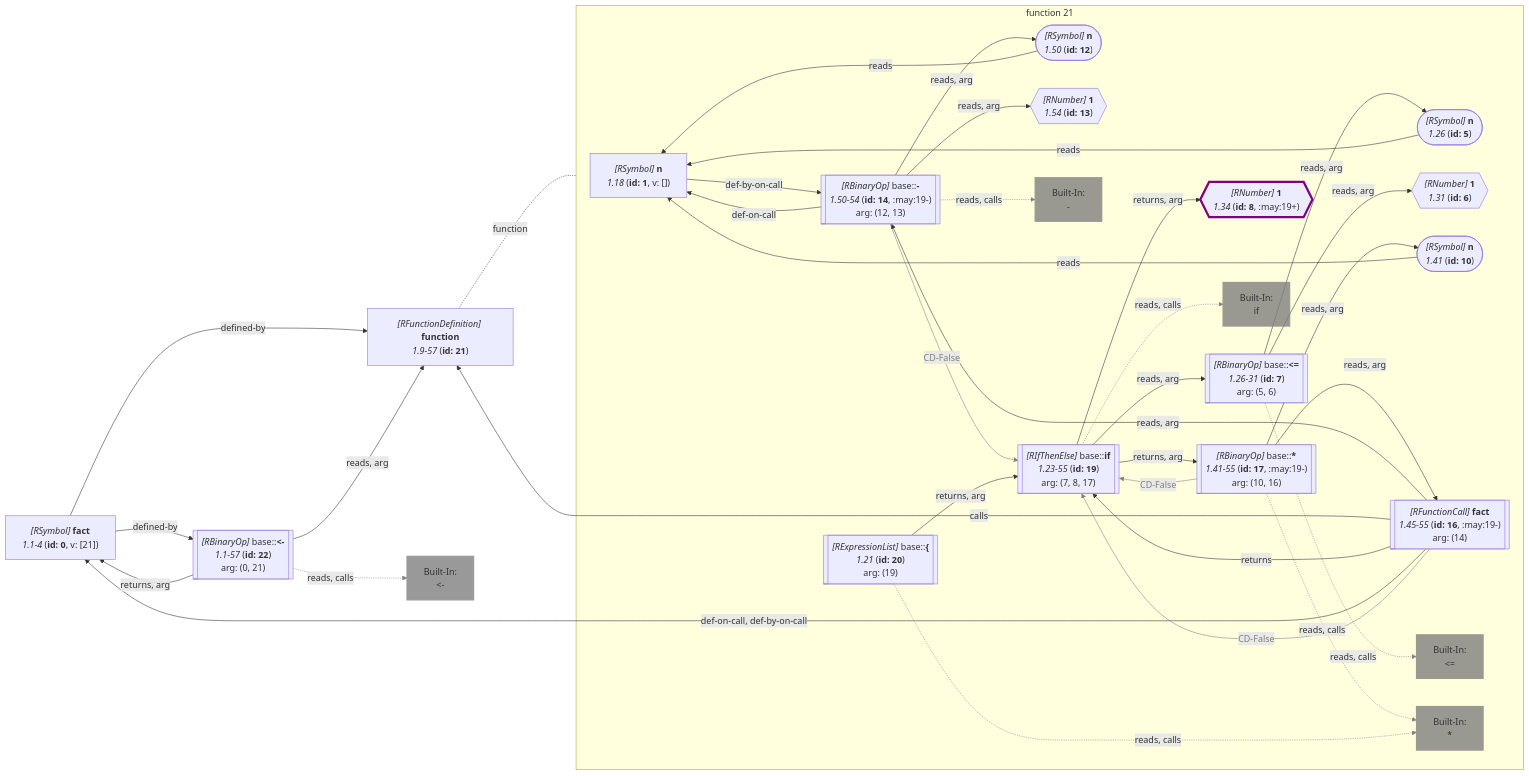
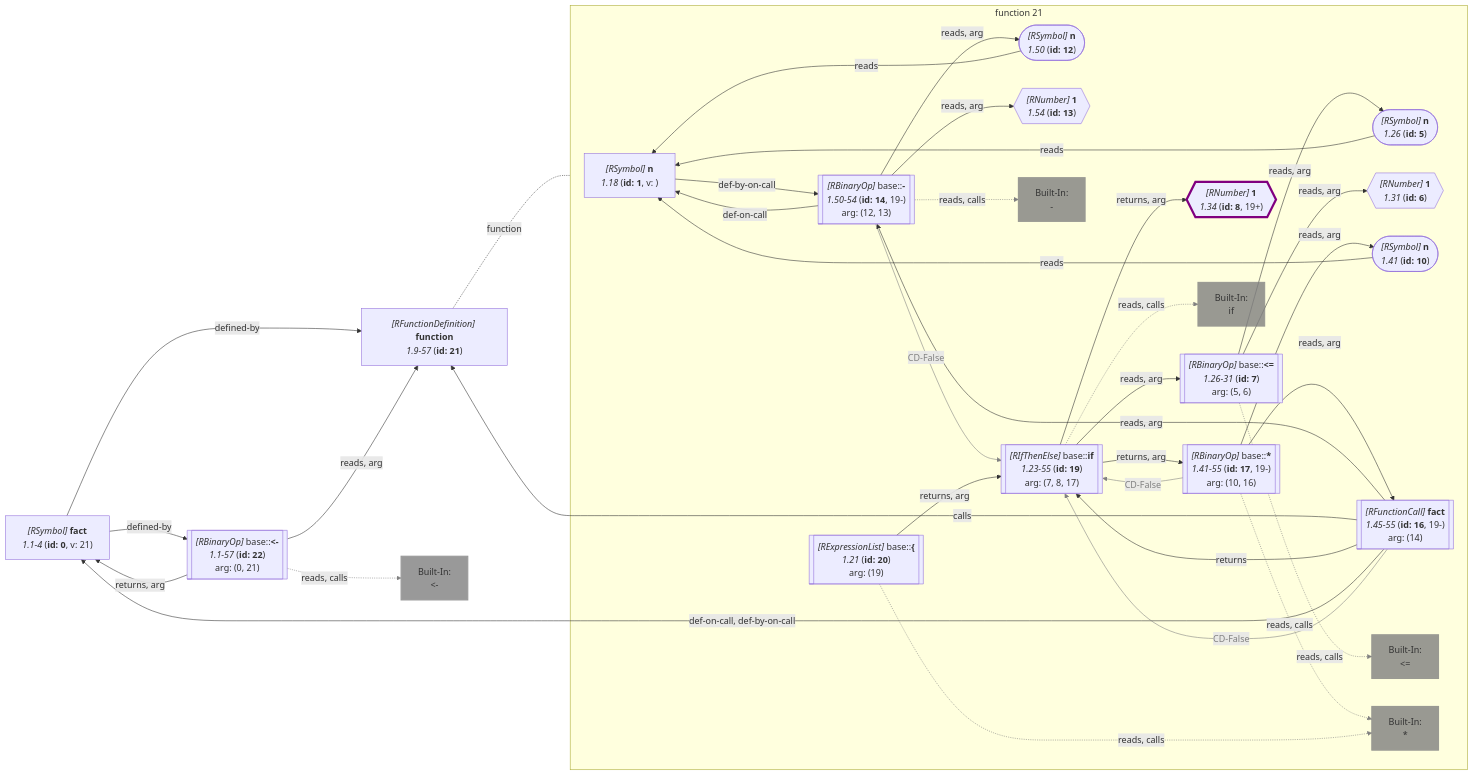
Before and after one commit to flowr-analysis/flowr: diagram 15 of 21 in wiki/Query API.md, drawn with Mermaid. The commit also changed other lines of this file and 36 other files, not shown here.

```diff
--- a/wiki/Query API.md
+++ b/wiki/Query API.md
@@ -5222,7 +5269,7 @@
 
 subgraph "flow-21" [function 21]
     1["`*#91;RSymbol#93;* **n**
-      *1.18* (**id: 1**, v: [])`"]
+      *1.18* (**id: 1**, v: )`"]
     5(["`*#91;RSymbol#93;* **n**
       *1.26* (**id: 5**)`"])
     6{{"`*#91;RNumber#93;* **1**
@@ -5235,7 +5282,7 @@
 #60;=`"]
     style built-in:__ stroke:gray,fill:gray,stroke-width:2px,opacity:.8;
     8{{"`*#91;RNumber#93;* **1**
-      *1.34* (**id: 8**, :may:19+)`"}}
+      *1.34* (**id: 8**, 19+)`"}}
    %% No edges found for 8
     10(["`*#91;RSymbol#93;* **n**
       *1.41* (**id: 10**)`"])
@@ -5245,21 +5292,21 @@
       *1.54* (**id: 13**)`"}}
    %% No edges found for 13
     14[["`*#91;RBinaryOp#93;* base#58;#58;**#45;**
-      *1.50-54* (**id: 14**, :may:19-)
+      *1.50-54* (**id: 14**, 19-)
     arg: (12, 13)`"]]
     built-in:-["`Built-In:
 #45;`"]
     style built-in:- stroke:gray,fill:gray,stroke-width:2px,opacity:.8;
     %% Environment of 16 [level: 1]:
     %% Built-in
-    %% 1169----------------------------------------
-    %% 1170----------------------------------------
+    %% 2645----------------------------------------
+    %% 2646----------------------------------------
     %%   n: {**n** (id: 1, type: Parameter, def. @2)}
     16[["`*#91;RFunctionCall#93;* **fact**
-      *1.45-55* (**id: 16**, :may:19-)
+      *1.45-55* (**id: 16**, 19-)
     arg: (14)`"]]
     17[["`*#91;RBinaryOp#93;* base#58;#58;**#42;**
-      *1.41-55* (**id: 17**, :may:19-)
+      *1.41-55* (**id: 17**, 19-)
     arg: (10, 16)`"]]
     built-in:_["`Built-In:
 #42;`"]
@@ -5277,7 +5324,7 @@
 end
    %% No edges found for 21
     0["`*#91;RSymbol#93;* **fact**
-      *1.1-4* (**id: 0**, v: [21])`"]
+      *1.1-4* (**id: 0**, v: 21)`"]
     22[["`*#91;RBinaryOp#93;* base#58;#58;**#60;#45;**
       *1.1-57* (**id: 22**)
     arg: (0, 21)`"]]
```
